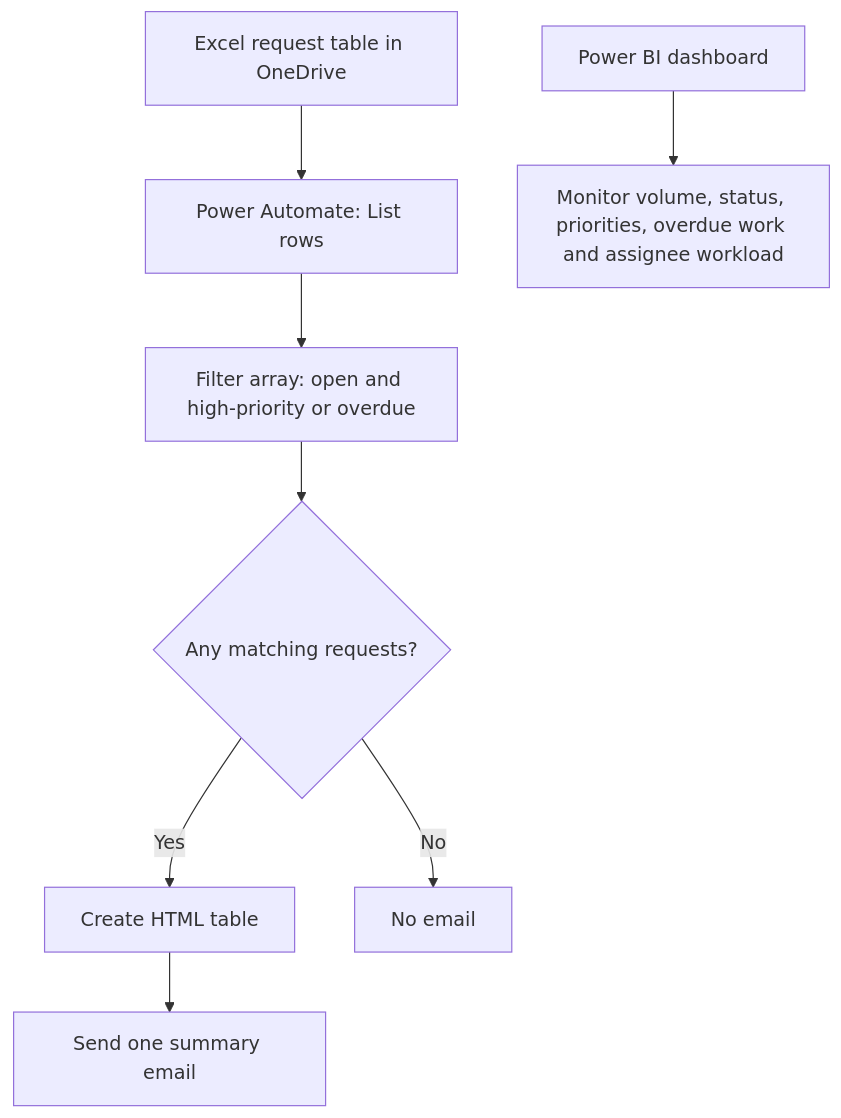
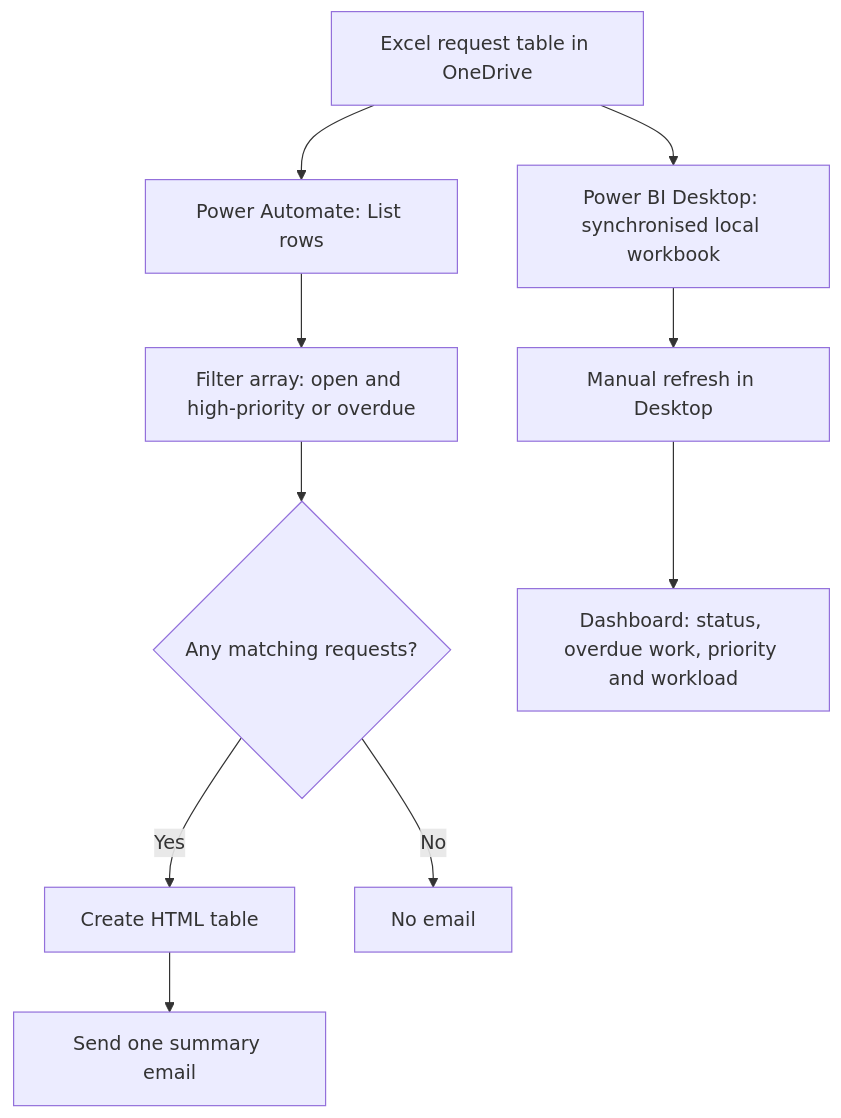
The diagram in README.md (olayinkaogunneye/legal-compliance-operations-hub), drawn with Mermaid before and after one commit. The commit also changed other lines of this file and 16 other files, not shown here.

````diff
--- a/README.md
+++ b/README.md
@@ -38,10 +37,12 @@
 ```mermaid
 flowchart TD
     A[Excel request table in OneDrive] --> B[Power Automate: List rows]
     B --> C[Filter array: open and high-priority or overdue]
     C --> D{Any matching requests?}
     D -- Yes --> E[Create HTML table]
     E --> F[Send one summary email]
     D -- No --> G[No email]
-    H[Power BI dashboard] --> I[Monitor volume, status, priorities, overdue work and assignee workload]
+    A --> H[Power BI Desktop: synchronised local workbook]
+    H --> I[Manual refresh in Desktop]
+    I --> J[Dashboard: status, overdue work, priority and workload]
 ```
````
